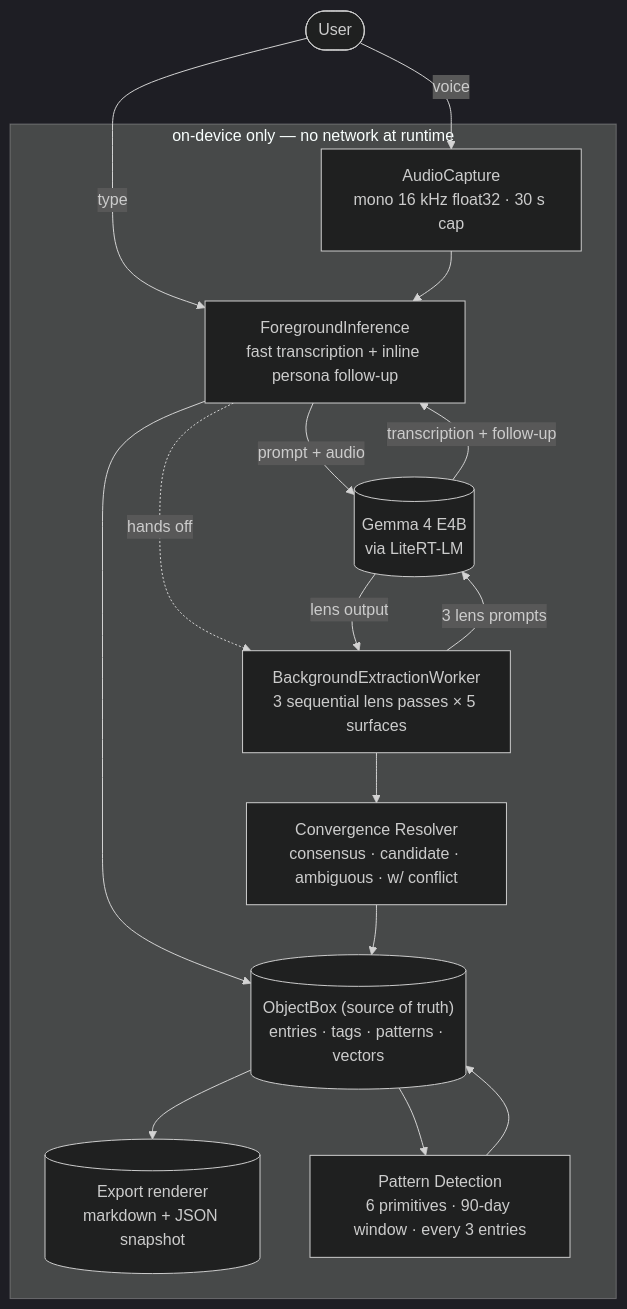
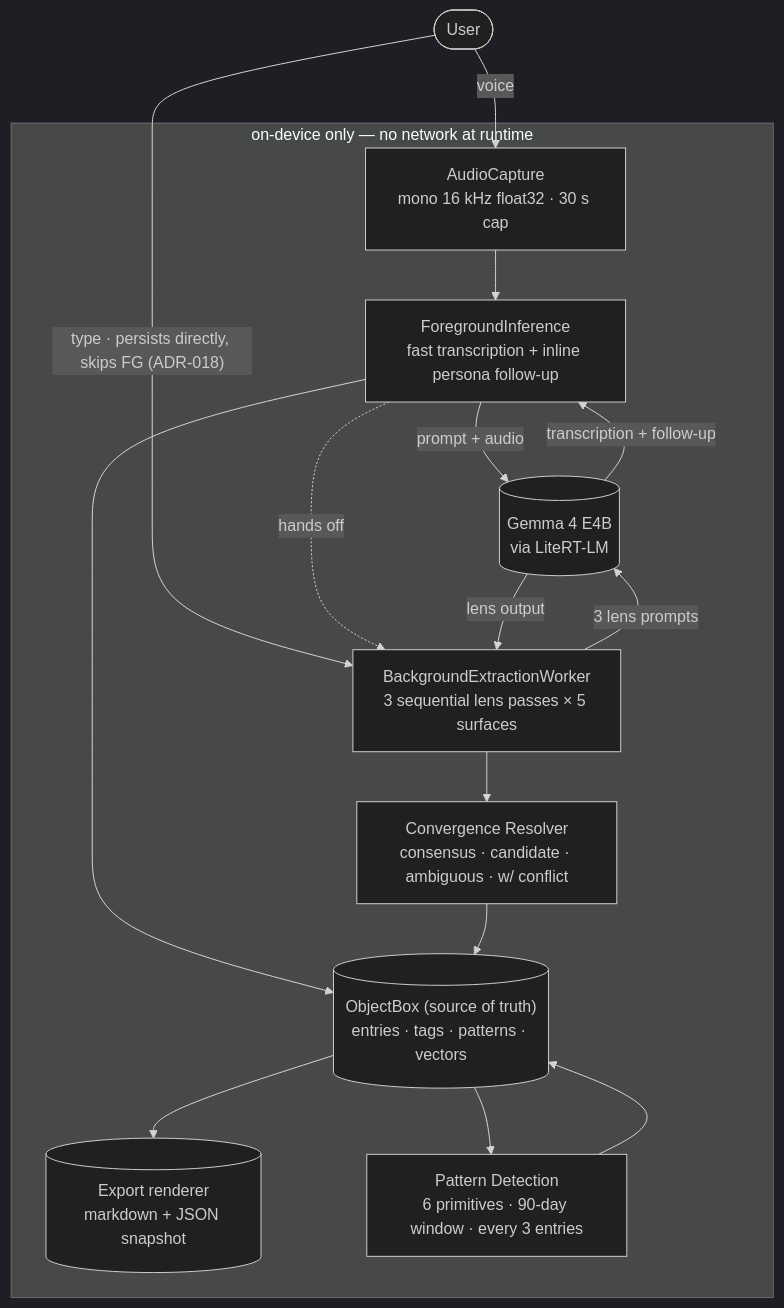
The diagram in README.md (anchildress1/vestige), drawn with Mermaid (dark theme) before and after one commit. The commit also changed other lines of this file and 6 other files, not shown here.

````diff
--- a/README.md
+++ b/README.md
@@ -89,29 +89,29 @@
 ```mermaid
 flowchart TB
     User([User]) -- voice --> Audio
-    User -- type --> FG
+    User -- "type · persists directly, skips FG (ADR-018)" --> BG
 
     subgraph onDevice["on-device only — no network at runtime"]
       Audio["AudioCapture<br/>mono 16 kHz float32 · 30 s cap"]
       FG["ForegroundInference<br/>fast transcription + inline persona follow-up"]
       BG["BackgroundExtractionWorker<br/>3 sequential lens passes × 5 surfaces"]
       Gemma[("Gemma 4 E4B<br/>via LiteRT-LM")]
       Resolver["Convergence Resolver<br/>consensus · candidate · ambiguous · w/ conflict"]
       ObjectBox[("ObjectBox (source of truth)<br/>entries · tags · patterns · vectors")]
       Export[("Export renderer<br/>markdown + JSON snapshot")]
       Patterns["Pattern Detection<br/>6 primitives · 90-day window · every 3 entries"]
 
       Audio --> FG
       FG -- "prompt + audio" --> Gemma
       Gemma -- "transcription + follow-up" --> FG
       FG --> ObjectBox
       FG -. "hands off" .-> BG
       BG -- "3 lens prompts" --> Gemma
       Gemma -- "lens output" --> BG
       BG --> Resolver
       Resolver --> ObjectBox
       ObjectBox --> Patterns
       Patterns --> ObjectBox
       ObjectBox --> Export
     end
 ```
````
